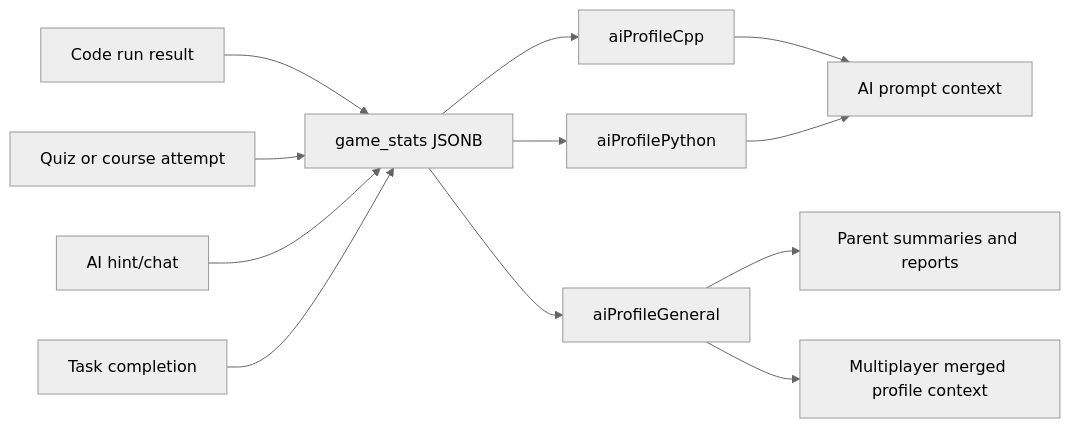
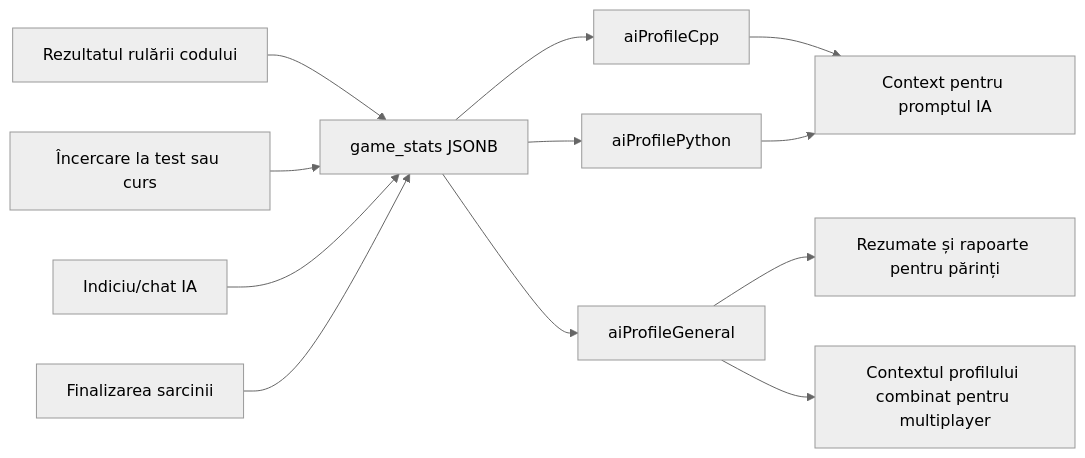
The fourth of 5 diagrams in README.md (Ieditzu/Mentora), drawn with Mermaid (neutral theme) before and after one commit. The commit also changed other lines of this file, not shown here.

````diff
--- a/README.md
+++ b/README.md
@@ -302,16 +302,16 @@
 ```mermaid
 flowchart LR
-    CodeRun[Code run result] --> Profile[game_stats JSONB]
-    Quiz[Quiz or course attempt] --> Profile
-    Hint[AI hint/chat] --> Profile
-    Task[Task completion] --> Profile
+    CodeRun[Rezultatul rulării codului] --> Profile[game_stats JSONB]
+    Quiz[Încercare la test sau curs] --> Profile
+    Hint[Indiciu/chat IA] --> Profile
+    Task[Finalizarea sarcinii] --> Profile
 
     Profile --> Cpp[aiProfileCpp]
     Profile --> Python[aiProfilePython]
     Profile --> General[aiProfileGeneral]
 
-    Cpp --> AI[AI prompt context]
+    Cpp --> AI[Context pentru promptul IA]
     Python --> AI
-    General --> Parent[Parent summaries and reports]
-    General --> Multiplayer[Multiplayer merged profile context]
+    General --> Parent[Rezumate și rapoarte pentru părinți]
+    General --> Multiplayer[Contextul profilului combinat pentru multiplayer]
 ```
````
